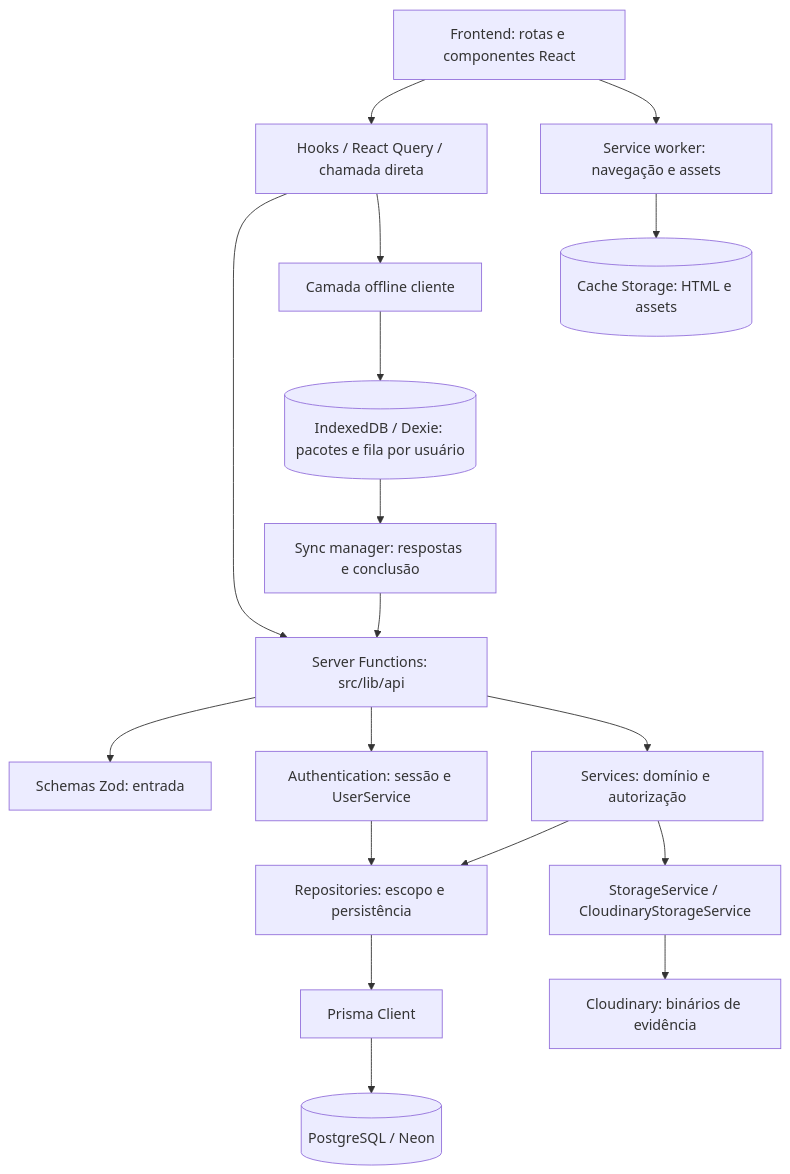
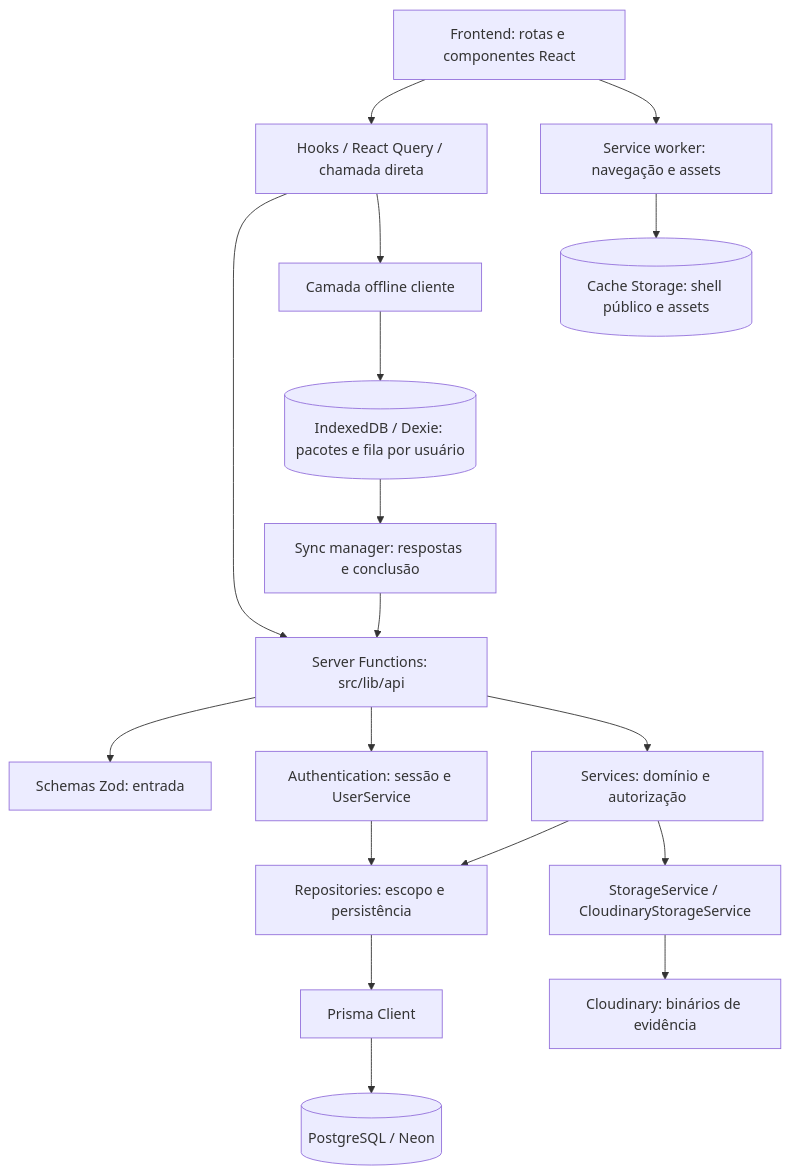
Before and after one commit to PedroVitor237/safe-watch-insight: the first of 2 diagrams in AI/Architecture.md, drawn with Mermaid. The commit also changed other lines of this file and 16 other files, not shown here.

````diff
--- a/AI/Architecture.md
+++ b/AI/Architecture.md
@@ -25,20 +25,20 @@
 ```mermaid
 flowchart TD
     UI[Frontend: rotas e componentes React] --> CLIENT[Hooks / React Query / chamada direta]
     CLIENT --> SF[Server Functions: src/lib/api]
     SF --> ZOD[Schemas Zod: entrada]
     SF --> AUTH[Authentication: sessão e UserService]
     SF --> SVC[Services: domínio e autorização]
     SVC --> REPO[Repositories: escopo e persistência]
     AUTH --> REPO
     REPO --> ORM[Prisma Client]
     ORM --> PG[(PostgreSQL / Neon)]
     CLIENT --> LOCAL[Camada offline cliente]
     LOCAL --> IDB[(IndexedDB / Dexie: pacotes e fila por usuário)]
     IDB --> SYNC[Sync manager: respostas e conclusão]
     SYNC --> SF
     SVC --> STORAGE[StorageService / CloudinaryStorageService]
     STORAGE --> CLOUD[Cloudinary: binários de evidência]
     UI --> SW[Service worker: navegação e assets]
-    SW --> CACHE[(Cache Storage: HTML e assets)]
+    SW --> CACHE[(Cache Storage: shell público e assets)]
 ```
````
